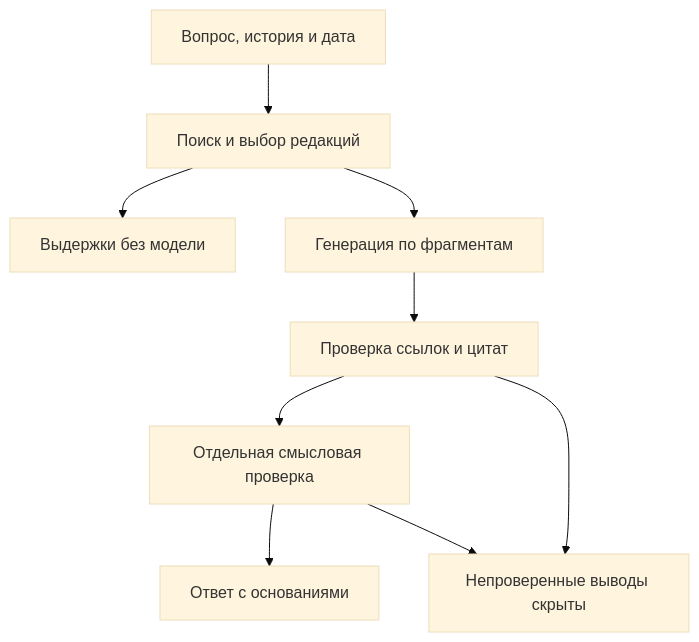
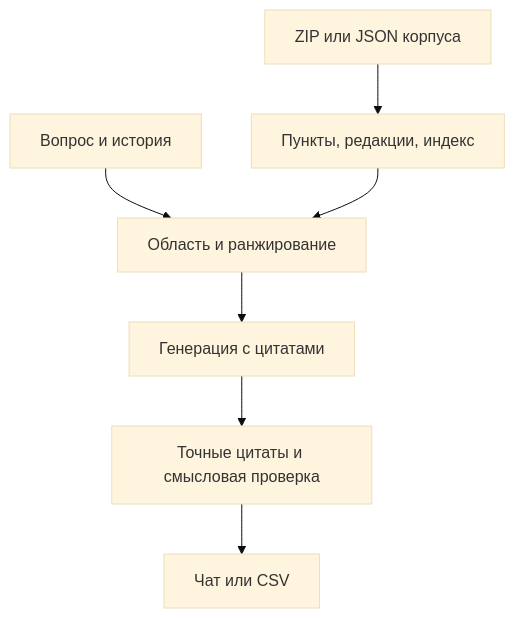
One commit to mpetukhov2008/PSB changed the diagram in README.md. Above: the diagram before and after it, drawn with Mermaid (base theme). The commit also changed other lines of this file and 25 other files, not shown here.

````diff
--- a/README.md
+++ b/README.md
@@ -117,11 +173,9 @@
-```mermaid
+~~~mermaid
 flowchart TD
-    Q["Вопрос, история и дата"] --> R["Поиск и выбор редакций"]
-    R --> E["Выдержки без модели"]
-    R --> G["Генерация по фрагментам"]
-    G --> C["Проверка ссылок и цитат"]
-    C --> V["Отдельная смысловая проверка"]
-    V --> A["Ответ с основаниями"]
-    C --> F["Непроверенные выводы скрыты"]
-    V --> F
-```
+  I["ZIP или JSON корпуса"] --> K["Пункты, редакции, индекс"]
+  Q["Вопрос и история"] --> R["Область и ранжирование"]
+  K --> R
+  R --> G["Генерация с цитатами"]
+  G --> V["Точные цитаты и смысловая проверка"]
+  V --> O["Чат или CSV"]
+~~~
````
